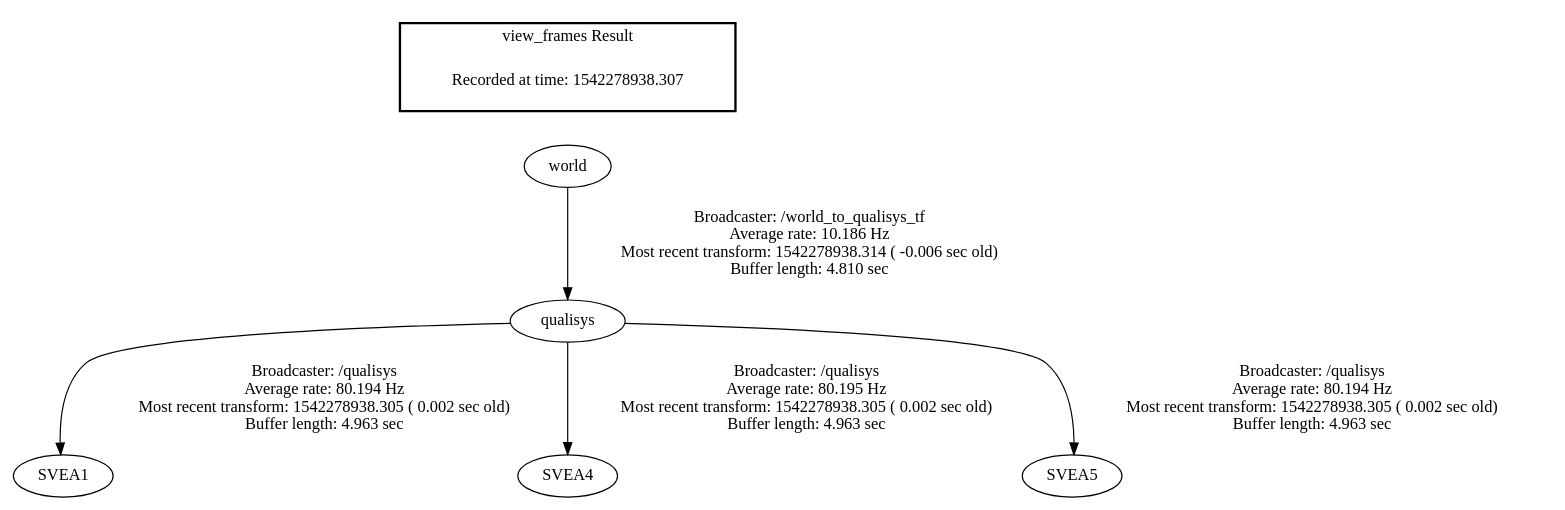
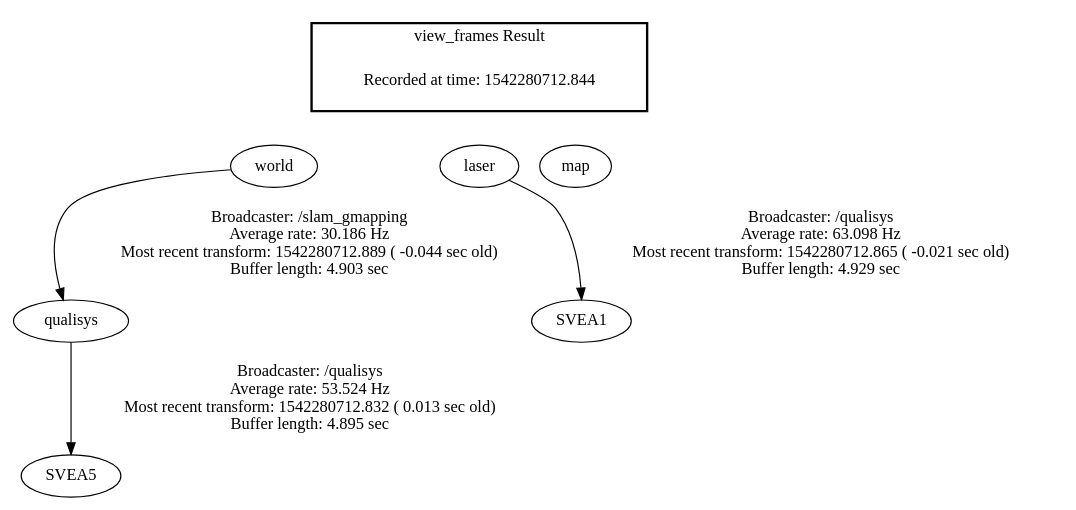
Before and after one commit to JiongruiHu/El2425_Automatic_Control_Group1: the diagram in frames.gv, drawn with Graphviz. The commit also changed 1 other file, not shown here.

```diff
--- a/frames.gv
+++ b/frames.gv
@@ -1,10 +1,17 @@
 digraph G {
-"qualisys" -> "SVEA1"[label="Broadcaster: /qualisys\nAverage rate: 80.194 Hz\nMost recent transform: 1542278938.305 ( 0.002 sec old)\nBuffer length: 4.963 sec\n"];
-"world" -> "qualisys"[label="Broadcaster: /world_to_qualisys_tf\nAverage rate: 10.186 Hz\nMost recent transform: 1542278938.314 ( -0.006 sec old)\nBuffer length: 4.810 sec\n"];
-"qualisys" -> "SVEA4"[label="Broadcaster: /qualisys\nAverage rate: 80.195 Hz\nMost recent transform: 1542278938.305 ( 0.002 sec old)\nBuffer length: 4.963 sec\n"];
-"qualisys" -> "SVEA5"[label="Broadcaster: /qualisys\nAverage rate: 80.194 Hz\nMost recent transform: 1542278938.305 ( 0.002 sec old)\nBuffer length: 4.963 sec\n"];
+"world" -> "qualisys"[label="Broadcaster: /slam_gmapping\nAverage rate: 30.186 Hz\nMost recent transform: 1542280712.889 ( -0.044 sec old)\nBuffer length: 4.903 sec\n"];
+"laser" -> "SVEA1"[label="Broadcaster: /qualisys\nAverage rate: 63.098 Hz\nMost recent transform: 1542280712.865 ( -0.021 sec old)\nBuffer length: 4.929 sec\n"];
+"qualisys" -> "SVEA5"[label="Broadcaster: /qualisys\nAverage rate: 53.524 Hz\nMost recent transform: 1542280712.832 ( 0.013 sec old)\nBuffer length: 4.895 sec\n"];
 edge [style=invis];
  subgraph cluster_legend { style=bold; color=black; label ="view_frames Result";
-"Recorded at time: 1542278938.307"[ shape=plaintext ] ;
+"Recorded at time: 1542280712.844"[ shape=plaintext ] ;
+ }->"map";
+edge [style=invis];
+ subgraph cluster_legend { style=bold; color=black; label ="view_frames Result";
+"Recorded at time: 1542280712.844"[ shape=plaintext ] ;
+ }->"laser";
+edge [style=invis];
+ subgraph cluster_legend { style=bold; color=black; label ="view_frames Result";
+"Recorded at time: 1542280712.844"[ shape=plaintext ] ;
  }->"world";
 }
```
